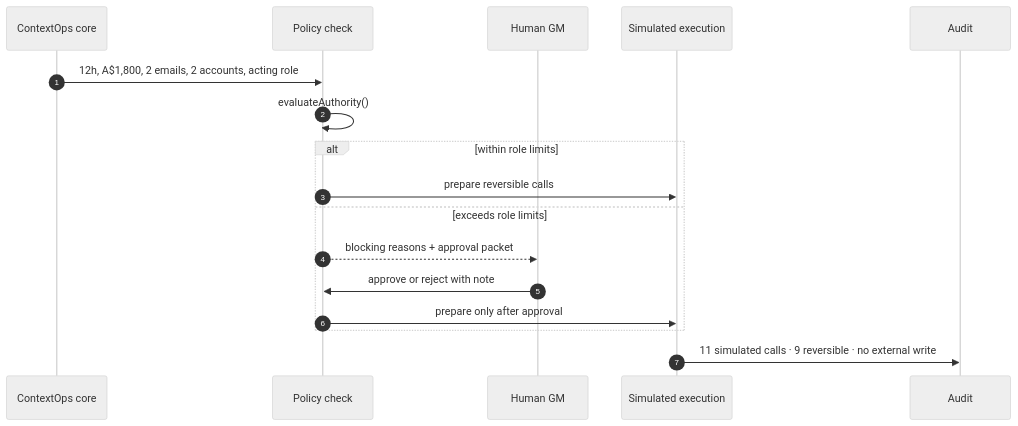
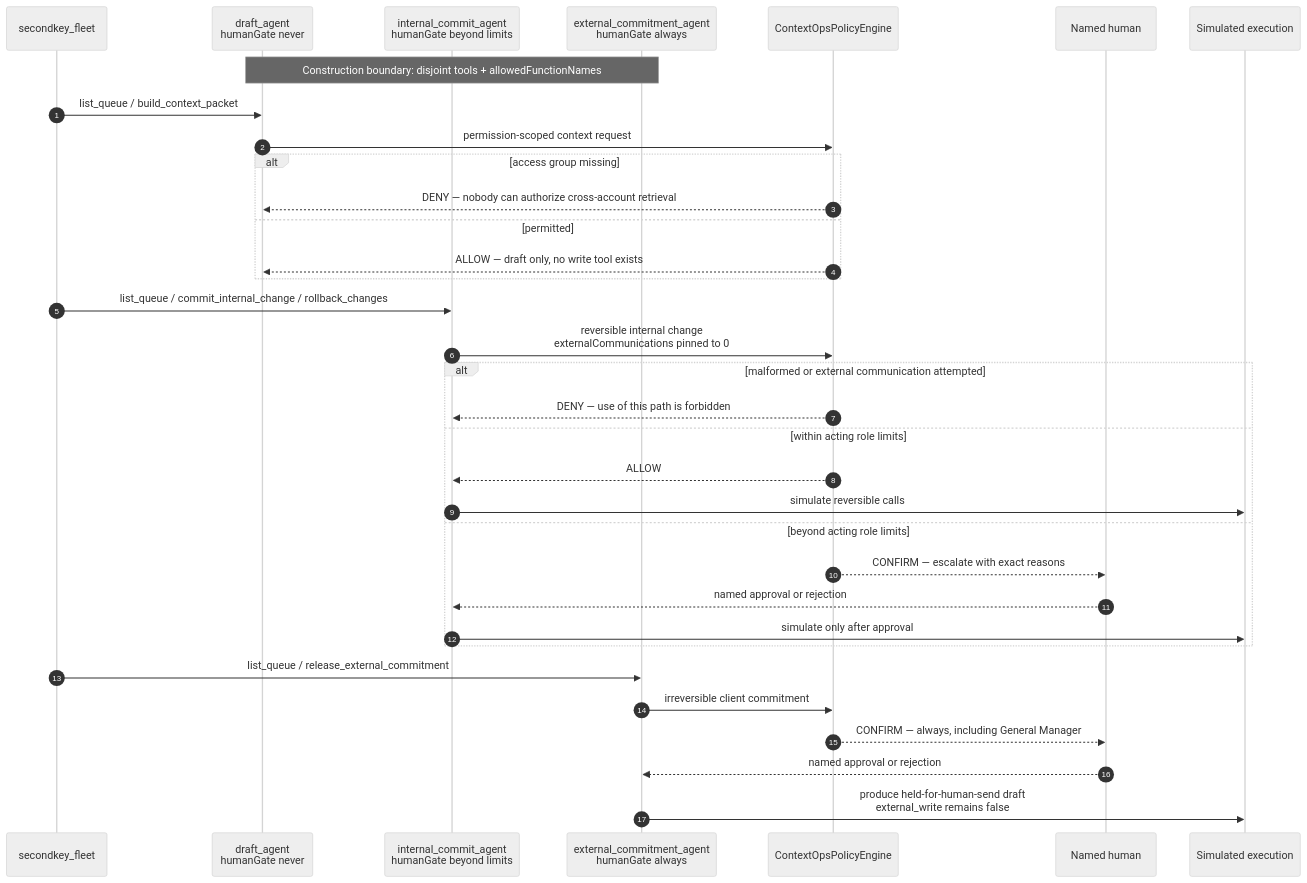
The second of 2 diagrams in ARCHITECTURE_DIAGRAM.md (vcdwio/secondkey), drawn with Mermaid (neutral theme) before and after one commit. The commit also changed other lines of this file and 14 other files, not shown here.

````diff
--- a/ARCHITECTURE_DIAGRAM.md
+++ b/ARCHITECTURE_DIAGRAM.md
@@ -108,20 +81,39 @@
 ```mermaid
 sequenceDiagram
     autonumber
-    participant C as ContextOps core
-    participant P as Policy check
-    participant H as Human GM
+    participant C as secondkey_fleet
+    participant D as draft_agent<br/>humanGate never
+    participant I as internal_commit_agent<br/>humanGate beyond limits
+    participant E as external_commitment_agent<br/>humanGate always
+    participant P as ContextOpsPolicyEngine
+    participant H as Named human
     participant X as Simulated execution
-    participant A as Audit
 
-    C->>P: 12h, A$1,800, 2 emails, 2 accounts, acting role
-    P->>P: evaluateAuthority()
-    alt within role limits
-        P->>X: prepare reversible calls
-    else exceeds role limits
-        P-->>H: blocking reasons + approval packet
-        H->>P: approve or reject with note
-        P->>X: prepare only after approval
+    Note over D,E: Construction boundary: disjoint tools + allowedFunctionNames
+    C->>D: list_queue / build_context_packet
+    D->>P: permission-scoped context request
+    alt access group missing
+        P-->>D: DENY — nobody can authorize cross-account retrieval
+    else permitted
+        P-->>D: ALLOW — draft only, no write tool exists
     end
-    X->>A: 11 simulated calls · 9 reversible · no external write
+
+    C->>I: list_queue / commit_internal_change / rollback_changes
+    I->>P: reversible internal change<br/>externalCommunications pinned to 0
+    alt malformed or external communication attempted
+        P-->>I: DENY — use of this path is forbidden
+    else within acting role limits
+        P-->>I: ALLOW
+        I->>X: simulate reversible calls
+    else beyond acting role limits
+        P-->>H: CONFIRM — escalate with exact reasons
+        H-->>I: named approval or rejection
+        I->>X: simulate only after approval
+    end
+
+    C->>E: list_queue / release_external_commitment
+    E->>P: irreversible client commitment
+    P-->>H: CONFIRM — always, including General Manager
+    H-->>E: named approval or rejection
+    E->>X: produce held-for-human-send draft<br/>external_write remains false
 ```
````
